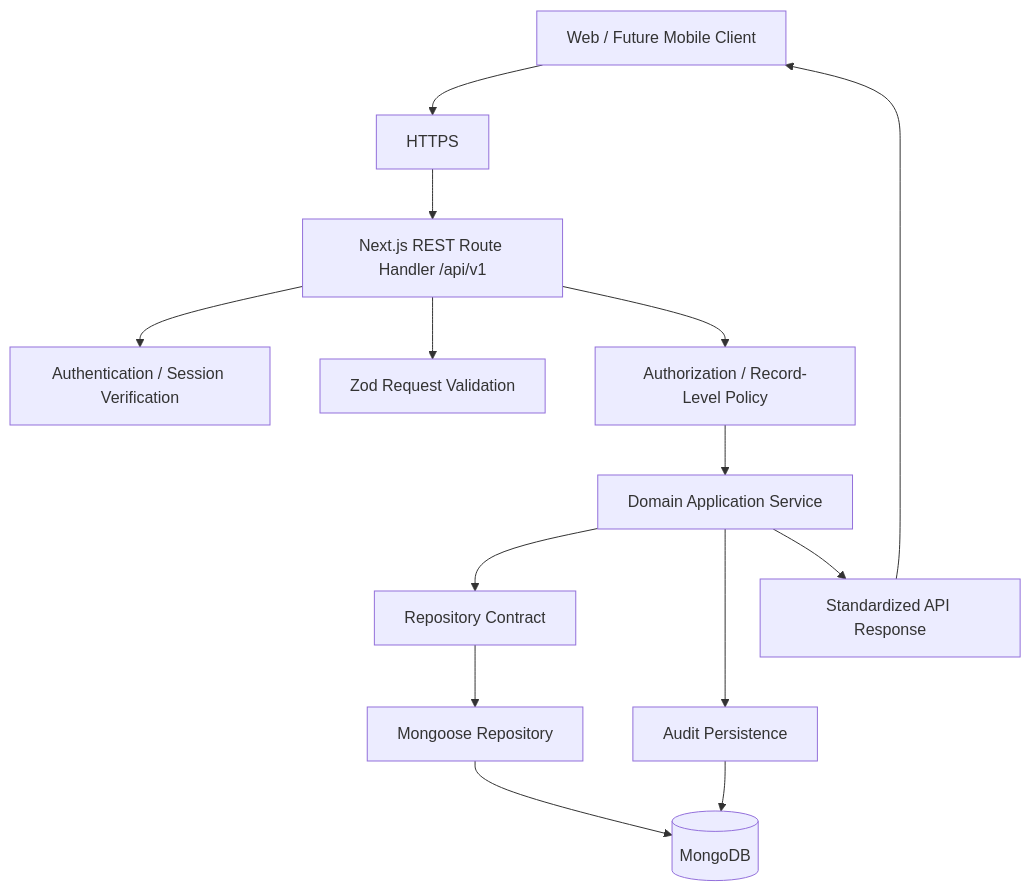
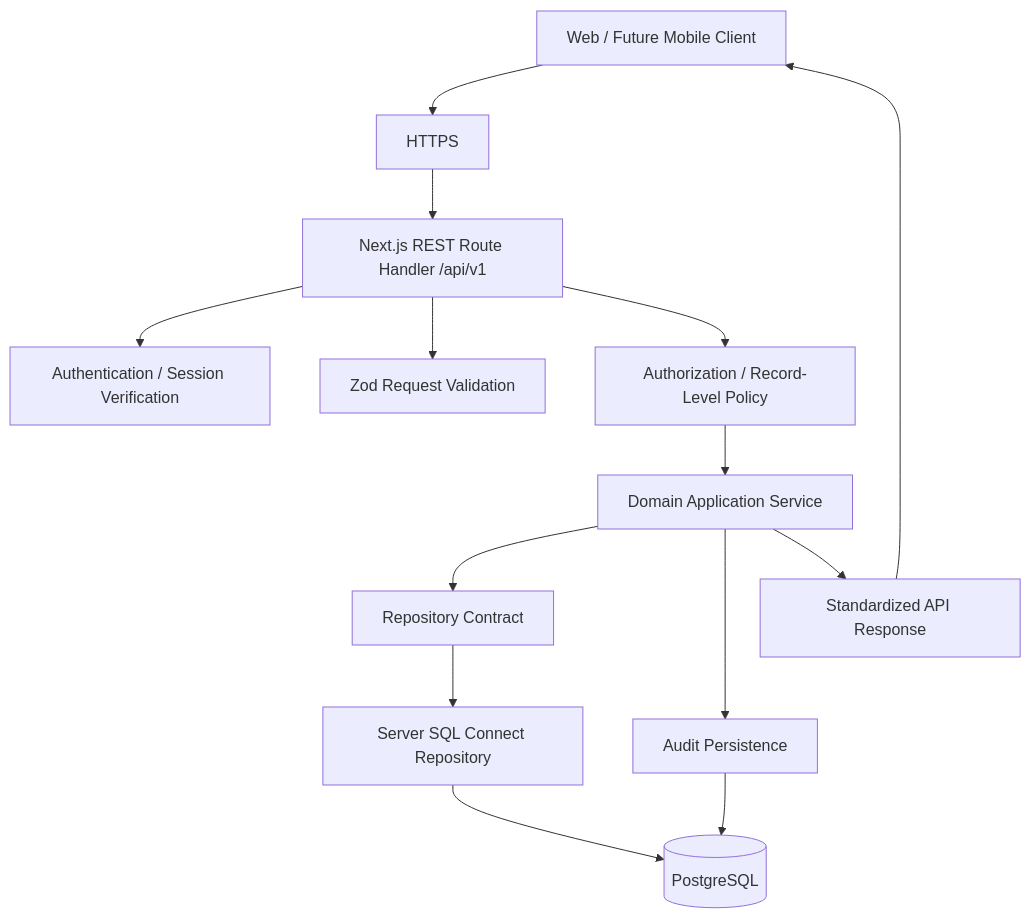
Before and after one commit to orlando-afhomes/afhomes-platform: the diagram in docs/development/backend.md, drawn with Mermaid. The commit also changed other lines of this file and 124 other files, not shown here.

````diff
--- a/docs/development/backend.md
+++ b/docs/development/backend.md
@@ -73,29 +73,29 @@
 ```mermaid
 flowchart TB
     CLIENT["Web / Future Mobile Client"]
     HTTPS["HTTPS"]
     API["Next.js REST Route Handler /api/v1"]
     AUTH["Authentication / Session Verification"]
     POLICY["Authorization / Record-Level Policy"]
     VALIDATION["Zod Request Validation"]
     SERVICE["Domain Application Service"]
     REPO["Repository Contract"]
-    MONGOOSE["Mongoose Repository"]
-    DB[("MongoDB")]
+    CONNECT["Server SQL Connect Repository"]
+    DB[("PostgreSQL")]
     AUDIT["Audit Persistence"]
     RESPONSE["Standardized API Response"]
 
     CLIENT --> HTTPS
     HTTPS --> API
     API --> AUTH
     API --> VALIDATION
     API --> POLICY
     POLICY --> SERVICE
     SERVICE --> REPO
-    REPO --> MONGOOSE
-    MONGOOSE --> DB
+    REPO --> CONNECT
+    CONNECT --> DB
     SERVICE --> AUDIT
     AUDIT --> DB
     SERVICE --> RESPONSE
     RESPONSE --> CLIENT
 ```
````
